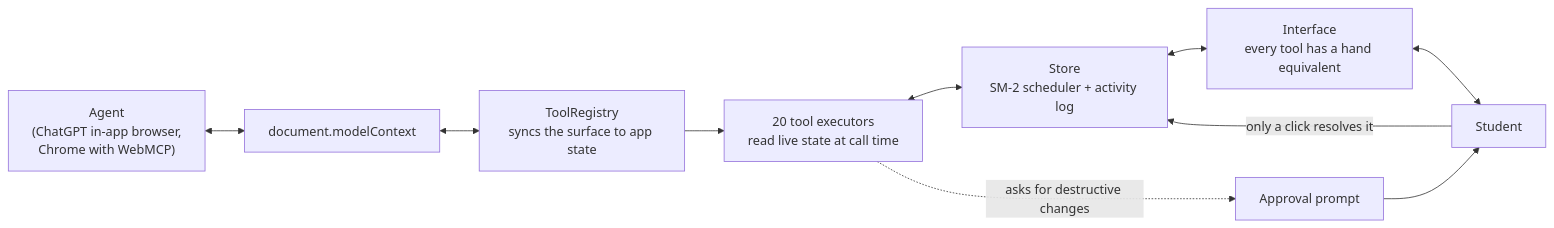
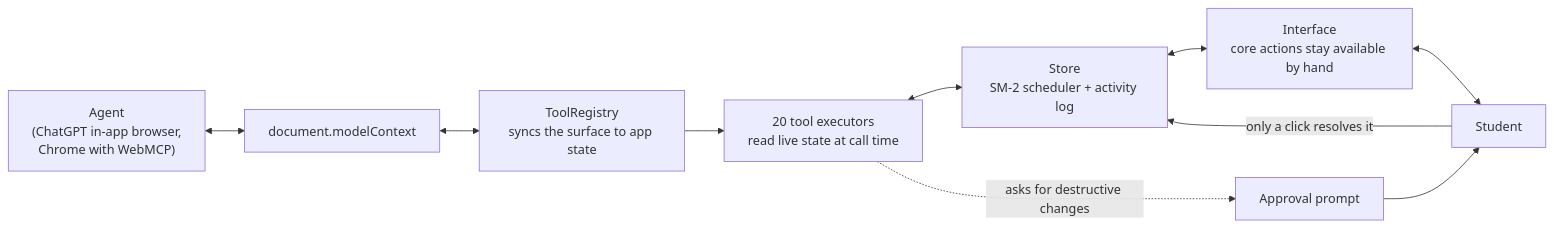
Before and after one commit to gokdenis/tandem: the diagram in README.md, drawn with Mermaid. The commit also changed other lines of this file and 2 other files, not shown here.

````diff
--- a/README.md
+++ b/README.md
@@ -30,21 +32,21 @@
 ```mermaid
 flowchart LR
     A["Agent<br/>(ChatGPT in-app browser,<br/>Chrome with WebMCP)"]
     B["document.modelContext"]
     C["ToolRegistry<br/>syncs the surface to app state"]
     D["20 tool executors<br/>read live state at call time"]
     E["Store<br/>SM-2 scheduler + activity log"]
-    F["Interface<br/>every tool has a hand equivalent"]
+    F["Interface<br/>core actions stay available by hand"]
     G["Student"]
     H["Approval prompt"]
 
     A <--> B
     B <--> C
     C --> D
     D <--> E
     E <--> F
     F <--> G
     D -. "asks for destructive changes" .-> H
     H --> G
     G -- "only a click resolves it" --> E
 ```
````
